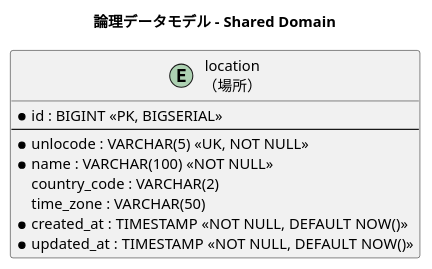
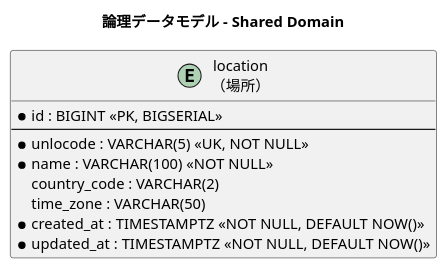
One commit to k2works/case-study-cargo-tracker changed the second of 9 diagrams in docs/design/data-model.md. Above: the diagram before and after it, drawn with PlantUML. The commit also changed other lines of this file and 6 other files, not shown here.

````diff
--- a/docs/design/data-model.md
+++ b/docs/design/data-model.md
@@ -274,17 +276,17 @@
 ```plantuml
 @startuml
 title 論理データモデル - Shared Domain
 
 entity "location\n（場所）" as location {
   * id : BIGINT <<PK, BIGSERIAL>>
   --
   * unlocode : VARCHAR(5) <<UK, NOT NULL>>
   * name : VARCHAR(100) <<NOT NULL>>
   country_code : VARCHAR(2)
   time_zone : VARCHAR(50)
-  * created_at : TIMESTAMP <<NOT NULL, DEFAULT NOW()>>
-  * updated_at : TIMESTAMP <<NOT NULL, DEFAULT NOW()>>
+  * created_at : TIMESTAMPTZ <<NOT NULL, DEFAULT NOW()>>
+  * updated_at : TIMESTAMPTZ <<NOT NULL, DEFAULT NOW()>>
 }
 
 @enduml
 ```
````
